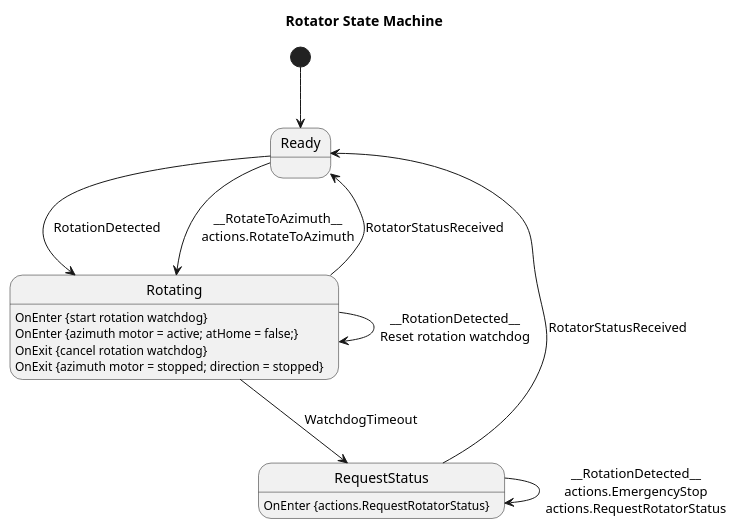
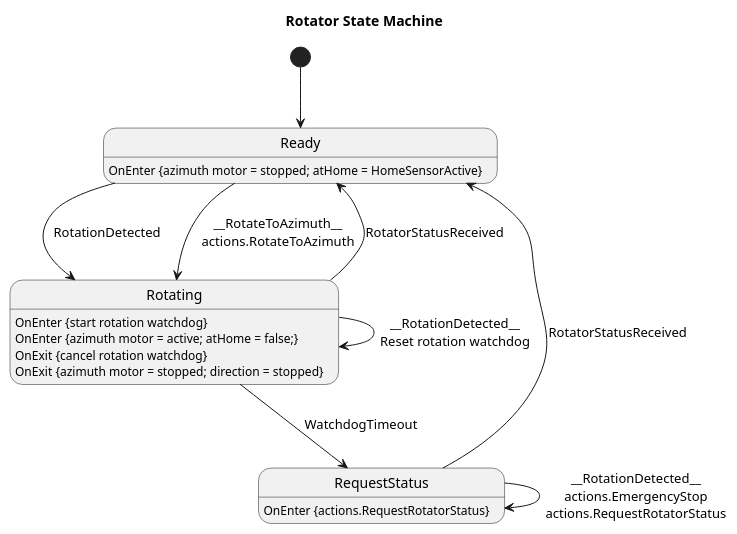
One commit to nexdome/ASCOM changed the diagram in Markdown/RotatorStateMachine.md. Above: the diagram before and after it, drawn with PlantUML. The commit also changed 13 other files, not shown here.

````diff
--- a/Markdown/RotatorStateMachine.md
+++ b/Markdown/RotatorStateMachine.md
@@ -1,26 +1,27 @@
 ```puml
 @startuml
 title Rotator State Machine
 
 [*] --> Ready
 
 state Ready <<Safe>>
+Ready : OnEnter {azimuth motor = stopped; atHome = HomeSensorActive}
 Ready --> Rotating : RotationDetected
 Ready --> Rotating : __RotateToAzimuth__\nactions.RotateToAzimuth
 
 state Rotating
 Rotating: OnEnter {start rotation watchdog}
 Rotating: OnEnter {azimuth motor = active; atHome = false;}
 Rotating: OnExit {cancel rotation watchdog}
 Rotating: OnExit {azimuth motor = stopped; direction = stopped}
 Rotating --> Rotating : __RotationDetected__\nReset rotation watchdog
 Rotating --> Ready : RotatorStatusReceived
 Rotating --> RequestStatus : WatchdogTimeout
 
 state RequestStatus
 RequestStatus: OnEnter {actions.RequestRotatorStatus}
 RequestStatus --> RequestStatus : __RotationDetected__\nactions.EmergencyStop\nactions.RequestRotatorStatus
 RequestStatus --> Ready : RotatorStatusReceived
 
 @enduml
 ```
````
